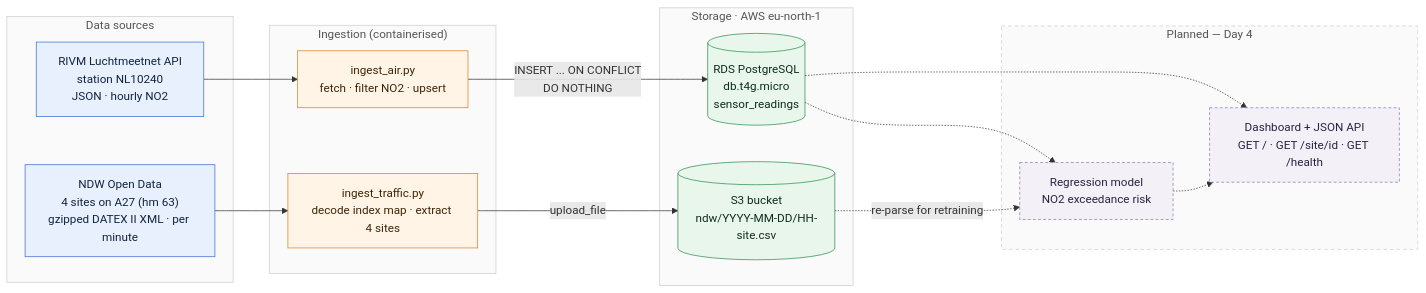
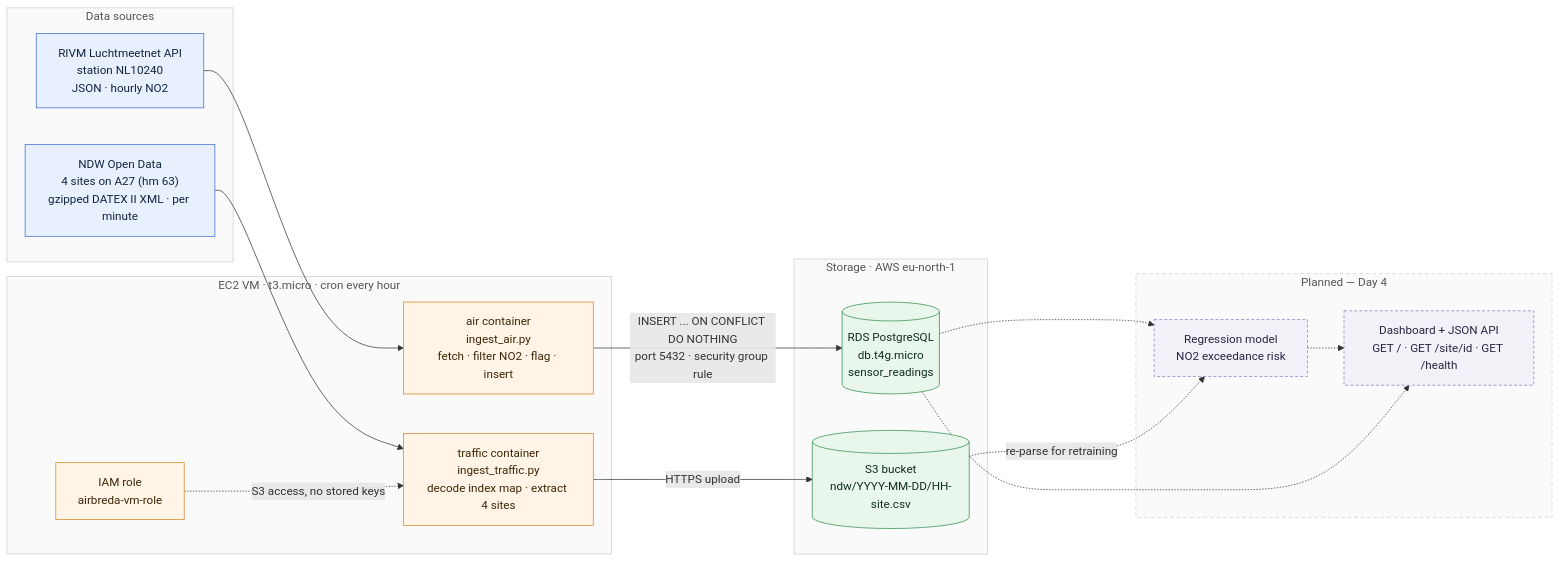
The diagram in docs/index.md (yuliiamedun/airbreda), drawn with Mermaid before and after one commit. The commit also changed other lines of this file and 1 other file, not shown here.

Commit message:
Diagram updated day 3

````diff
--- a/docs/index.md
+++ b/docs/index.md
@@ -21,46 +23,48 @@
 ```mermaid
 flowchart LR
     subgraph sources["Data sources"]
         LMN["RIVM Luchtmeetnet API<br/>station NL10240<br/>JSON · hourly NO2"]
         NDW["NDW Open Data<br/>4 sites on A27 (hm 63)<br/>gzipped DATEX II XML · per minute"]
     end
 
-    subgraph ingest["Ingestion (containerised)"]
-        IA["ingest_air.py<br/>fetch · filter NO2 · upsert"]
-        IT["ingest_traffic.py<br/>decode index map · extract 4 sites"]
+    subgraph ingest["EC2 VM · t3.micro · cron every hour"]
+        IA["air container<br/>ingest_air.py<br/>fetch · filter NO2 · flag · insert"]
+        IT["traffic container<br/>ingest_traffic.py<br/>decode index map · extract 4 sites"]
+        IAM["IAM role<br/>airbreda-vm-role"]
     end
 
     subgraph storage["Storage · AWS eu-north-1"]
         RDS[("RDS PostgreSQL<br/>db.t4g.micro<br/>sensor_readings")]
         S3[("S3 bucket<br/>ndw/YYYY-MM-DD/HH-site.csv")]
     end
 
     subgraph planned["Planned — Day 4"]
         ML["Regression model<br/>NO2 exceedance risk"]
         API["Dashboard + JSON API<br/>GET / · GET /site/id · GET /health"]
     end
 
     LMN --> IA
     NDW --> IT
-    IA -->|"INSERT ... ON CONFLICT<br/>DO NOTHING"| RDS
-    IT -->|"upload_file"| S3
+    IA -->|"INSERT ... ON CONFLICT DO NOTHING<br/>port 5432 · security group rule"| RDS
+    IT -->|"HTTPS upload"| S3
+    IAM -.->|"S3 access, no stored keys"| IT
     RDS -.-> ML
     S3 -.->|"re-parse for retraining"| ML
     ML -.-> API
     RDS -.-> API
 
     classDef src fill:#e8f0fe,stroke:#3b6fd4,color:#11243e
     classDef ing fill:#fff4e5,stroke:#d98324,color:#3d2607
     classDef sto fill:#e9f6ec,stroke:#2f8f4e,color:#0f2e1b
     classDef fut fill:#f3f0f7,stroke:#8b7bb8,color:#2b2340,stroke-dasharray:4 3
 
     class LMN,NDW src
-    class IA,IT ing
+    class IA,IT,IAM ing
     class RDS,S3 sto
     class ML,API fut
 
     style sources fill:#fafafa,stroke:#cfcfcf,color:#555
     style ingest fill:#fafafa,stroke:#cfcfcf,color:#555
     style storage fill:#fafafa,stroke:#cfcfcf,color:#555
     style planned fill:#fafafa,stroke:#cfcfcf,color:#555,stroke-dasharray:5 4
 ```
````
